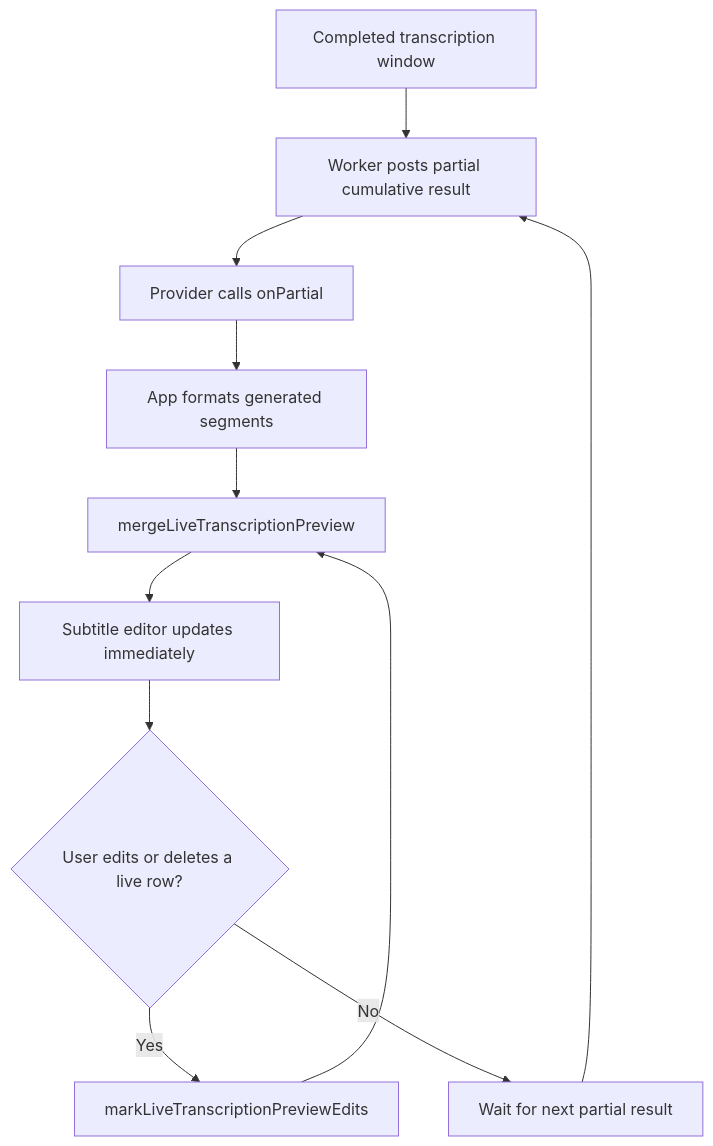
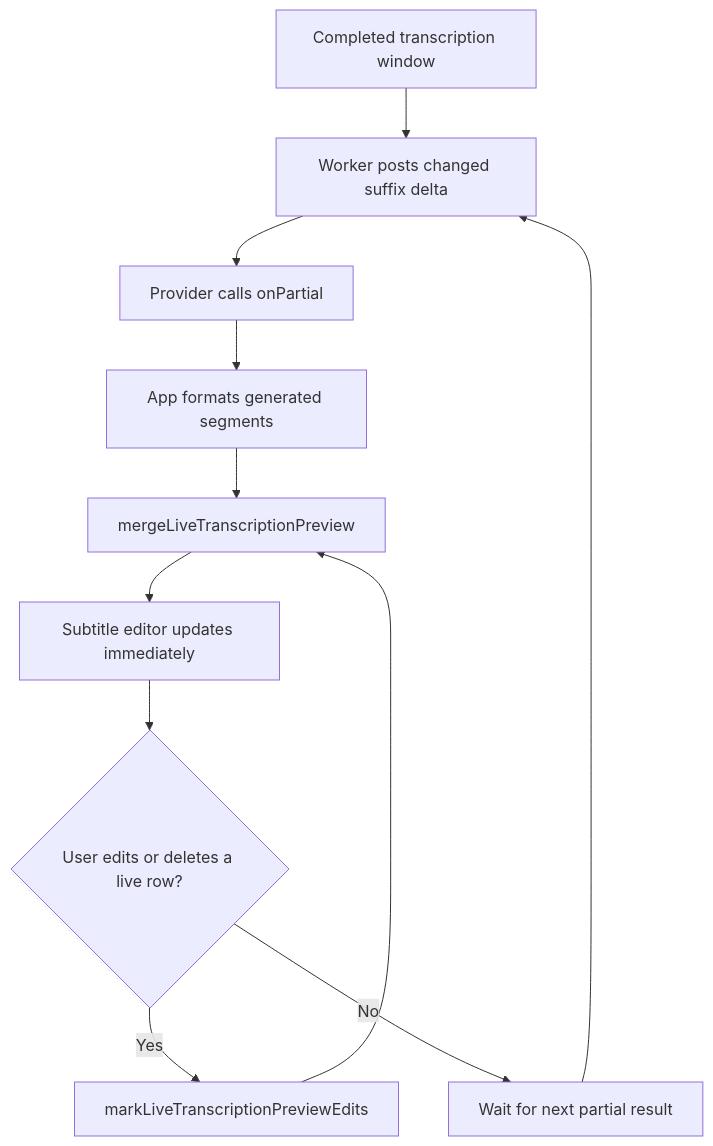
One commit to zxyandreay/auto-subtitle changed the ninth of 18 diagrams in docs/project-state.md. Above: the diagram before and after it, drawn with Mermaid. The commit also changed other lines of this file and 43 other files, not shown here.

````diff
--- a/docs/project-state.md
+++ b/docs/project-state.md
@@ -798,13 +799,13 @@
 ```mermaid
 flowchart TD
-    Chunk["Completed transcription window"] --> Partial["Worker posts partial cumulative result"]
+    Chunk["Completed transcription window"] --> Partial["Worker posts changed suffix delta"]
     Partial --> Provider["Provider calls onPartial"]
     Provider --> Format["App formats generated segments"]
     Format --> Merge["mergeLiveTranscriptionPreview"]
     Merge --> Editor["Subtitle editor updates immediately"]
     Editor --> UserEdit{"User edits or deletes a live row?"}
     UserEdit -->|Yes| Track["markLiveTranscriptionPreviewEdits"]
     Track --> Merge
     UserEdit -->|No| NextChunk["Wait for next partial result"]
     NextChunk --> Partial
 ```
````
